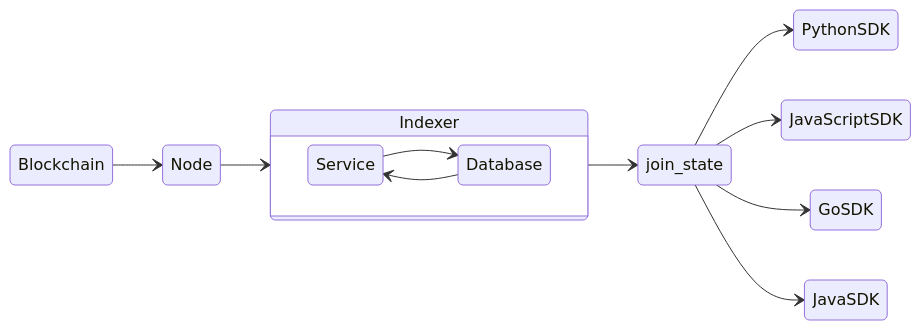
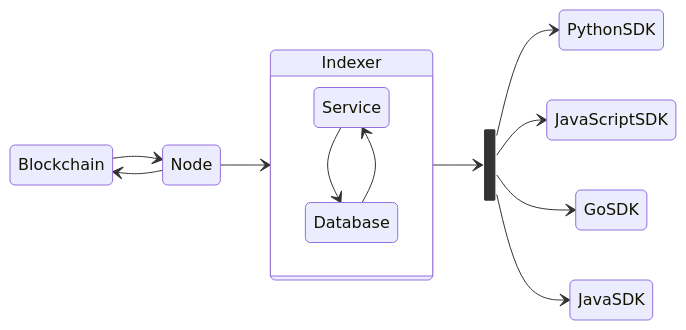
Before and after one commit to block-foundation/docker-algorand-node: the diagram in README.md, drawn with Mermaid.

````diff
--- a/README.md
+++ b/README.md
@@ -24,16 +24,17 @@
 ``` mermaid
 stateDiagram
     direction LR
     Blockchain --> Node
+    Node --> Blockchain
     Node --> Indexer
     state Indexer {
-      direction LR
       Service --> Database
       Database --> Service
     }
+    state join_state <<join>>
     Indexer --> join_state
     join_state --> PythonSDK
     join_state --> JavaScriptSDK
     join_state --> GoSDK
     join_state --> JavaSDK
 ```
````
